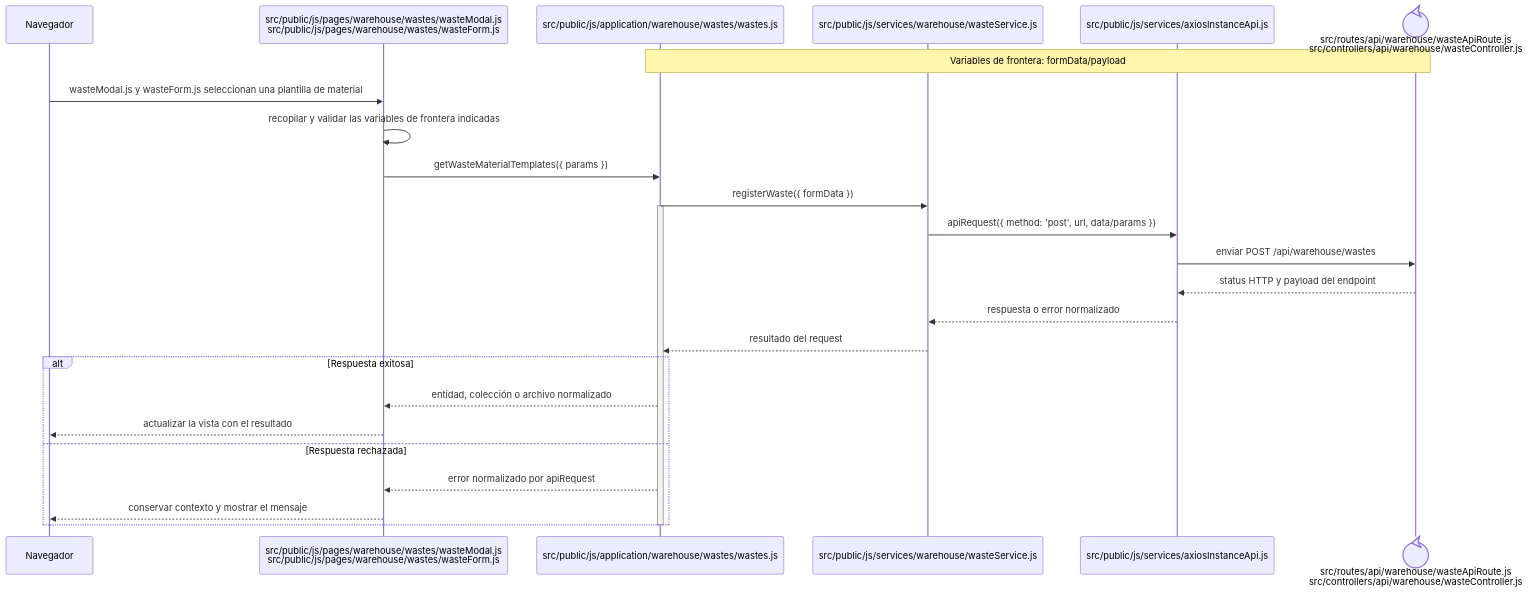
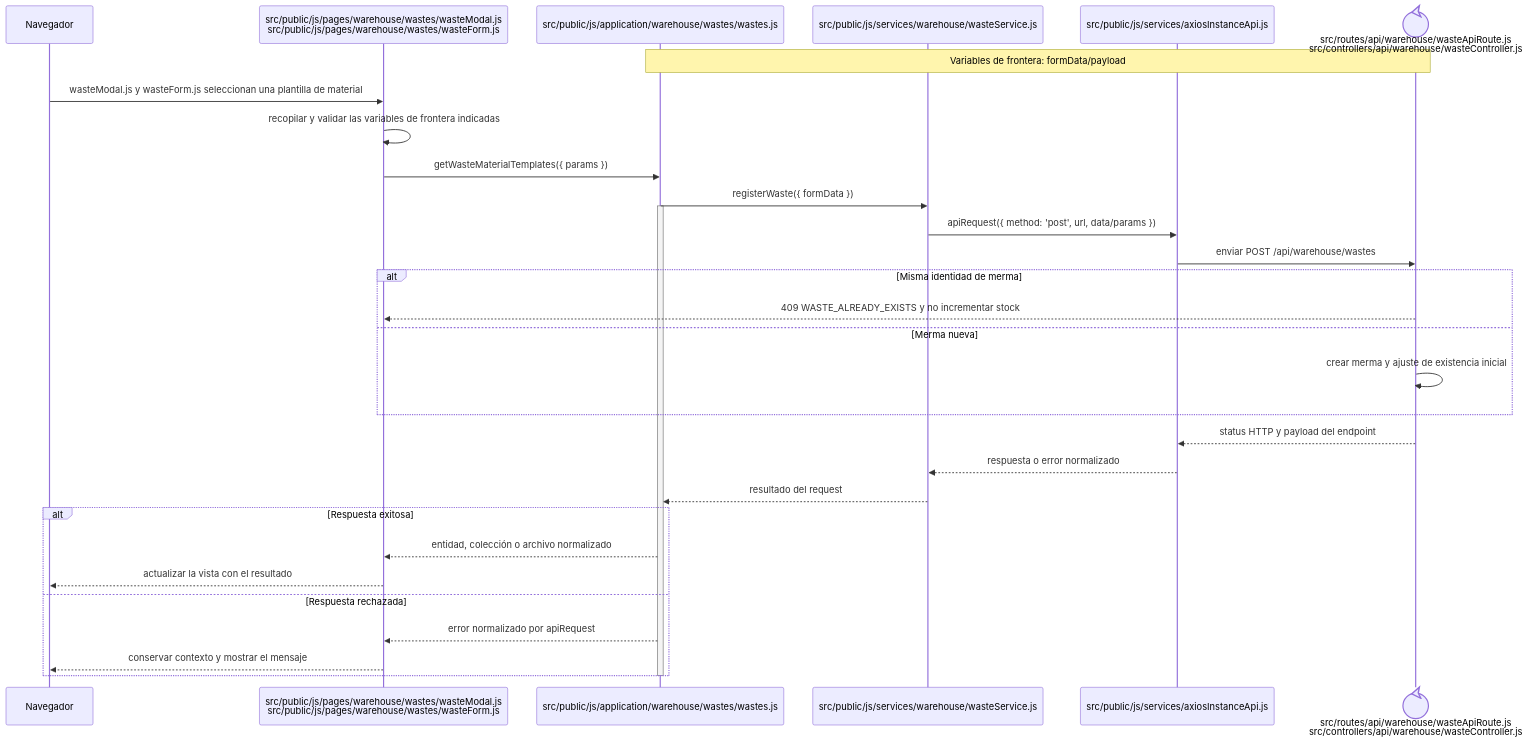
One commit to gpgsistemas01/nexus changed diagram 14 of 20 in docs/architecture/frontend-code-sequences/catalogs.md. Above: the diagram before and after it, drawn with Mermaid. The commit also changed other lines of this file and 35 other files, not shown here.

````diff
--- a/docs/architecture/frontend-code-sequences/catalogs.md
+++ b/docs/architecture/frontend-code-sequences/catalogs.md
@@ -448,29 +453,34 @@
 ```mermaid
 sequenceDiagram
     participant Browser as Navegador
     participant View as src/public/js/pages/warehouse/wastes/wasteModal.js<br/>src/public/js/pages/warehouse/wastes/wasteForm.js
     participant Application as src/public/js/application/warehouse/wastes/wastes.js
     participant Request as src/public/js/services/warehouse/wasteService.js
     participant HTTP as src/public/js/services/axiosInstanceApi.js
     participant Transport@{ "type": "control" } as src/routes/api/warehouse/wasteApiRoute.js<br/>src/controllers/api/warehouse/wasteController.js
     Note over Application,Transport: Variables de frontera: formData/payload
 
     Browser->>View: wasteModal.js y wasteForm.js seleccionan una plantilla de material
     View->>View: recopilar y validar las variables de frontera indicadas
     View->>Application: getWasteMaterialTemplates({ params })
     Application->>Request: registerWaste({ formData })
     activate Application
     Request->>HTTP: apiRequest({ method: 'post', url, data/params })
     HTTP->>Transport: enviar POST /api/warehouse/wastes
+    alt Misma identidad de merma
+        Transport-->>View: 409 WASTE_ALREADY_EXISTS y no incrementar stock
+    else Merma nueva
+        Transport->>Transport: crear merma y ajuste de existencia inicial
+    end
     Transport-->>HTTP: status HTTP y payload del endpoint
     HTTP-->>Request: respuesta o error normalizado
     Request-->>Application: resultado del request
     alt Respuesta exitosa
         Application-->>View: entidad, colección o archivo normalizado
         View-->>Browser: actualizar la vista con el resultado
     else Respuesta rechazada
         Application-->>View: error normalizado por apiRequest
         View-->>Browser: conservar contexto y mostrar el mensaje
     end
     deactivate Application
 ```
````
